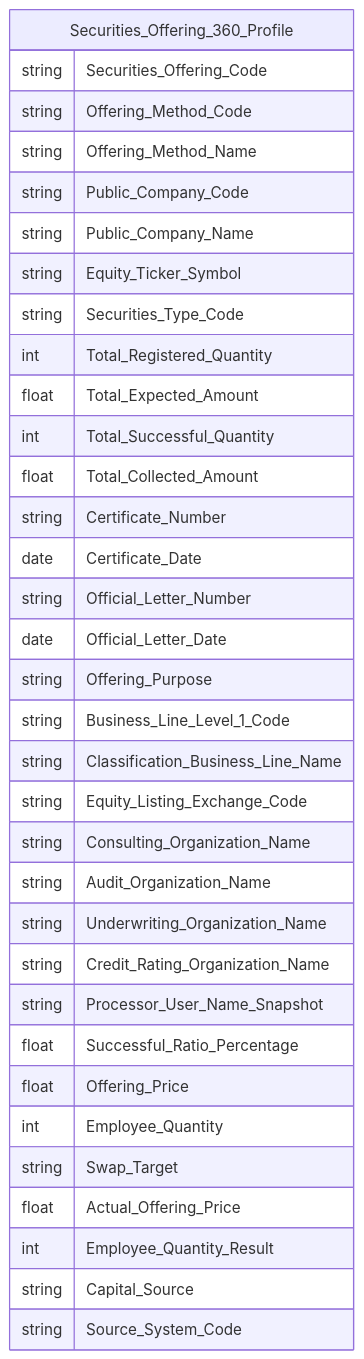
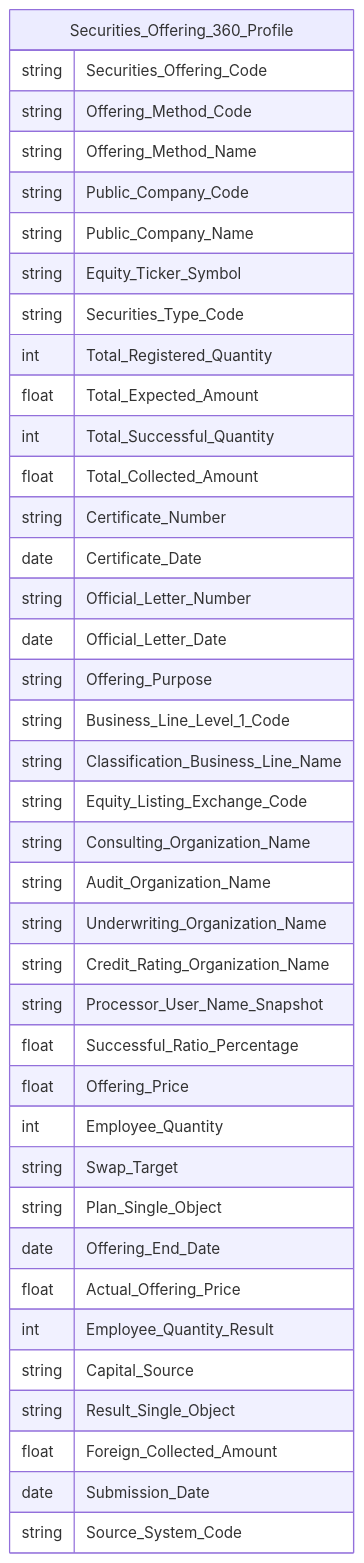
One commit to linhlvit/ubck_atomic_design changed diagram 12 of 22 in Datamart/hld/DTM_QLCB_HLD.md. Above: the diagram before and after it, drawn with Mermaid. The commit also changed other lines of this file and 10 other files, not shown here.

````diff
--- a/Datamart/hld/DTM_QLCB_HLD.md
+++ b/Datamart/hld/DTM_QLCB_HLD.md
@@ -652,37 +660,42 @@
 ```mermaid
 erDiagram
     Securities_Offering_360_Profile {
         string Securities_Offering_Code
         string Offering_Method_Code
         string Offering_Method_Name
         string Public_Company_Code
         string Public_Company_Name
         string Equity_Ticker_Symbol
         string Securities_Type_Code
         int Total_Registered_Quantity
         float Total_Expected_Amount
         int Total_Successful_Quantity
         float Total_Collected_Amount
         string Certificate_Number
         date Certificate_Date
         string Official_Letter_Number
         date Official_Letter_Date
         string Offering_Purpose
         string Business_Line_Level_1_Code
         string Classification_Business_Line_Name
         string Equity_Listing_Exchange_Code
         string Consulting_Organization_Name
         string Audit_Organization_Name
         string Underwriting_Organization_Name
         string Credit_Rating_Organization_Name
         string Processor_User_Name_Snapshot
         float Successful_Ratio_Percentage
         float Offering_Price
         int Employee_Quantity
         string Swap_Target
+        string Plan_Single_Object
+        date Offering_End_Date
         float Actual_Offering_Price
         int Employee_Quantity_Result
         string Capital_Source
+        string Result_Single_Object
+        float Foreign_Collected_Amount
+        date Submission_Date
         string Source_System_Code
     }
 ```
````
